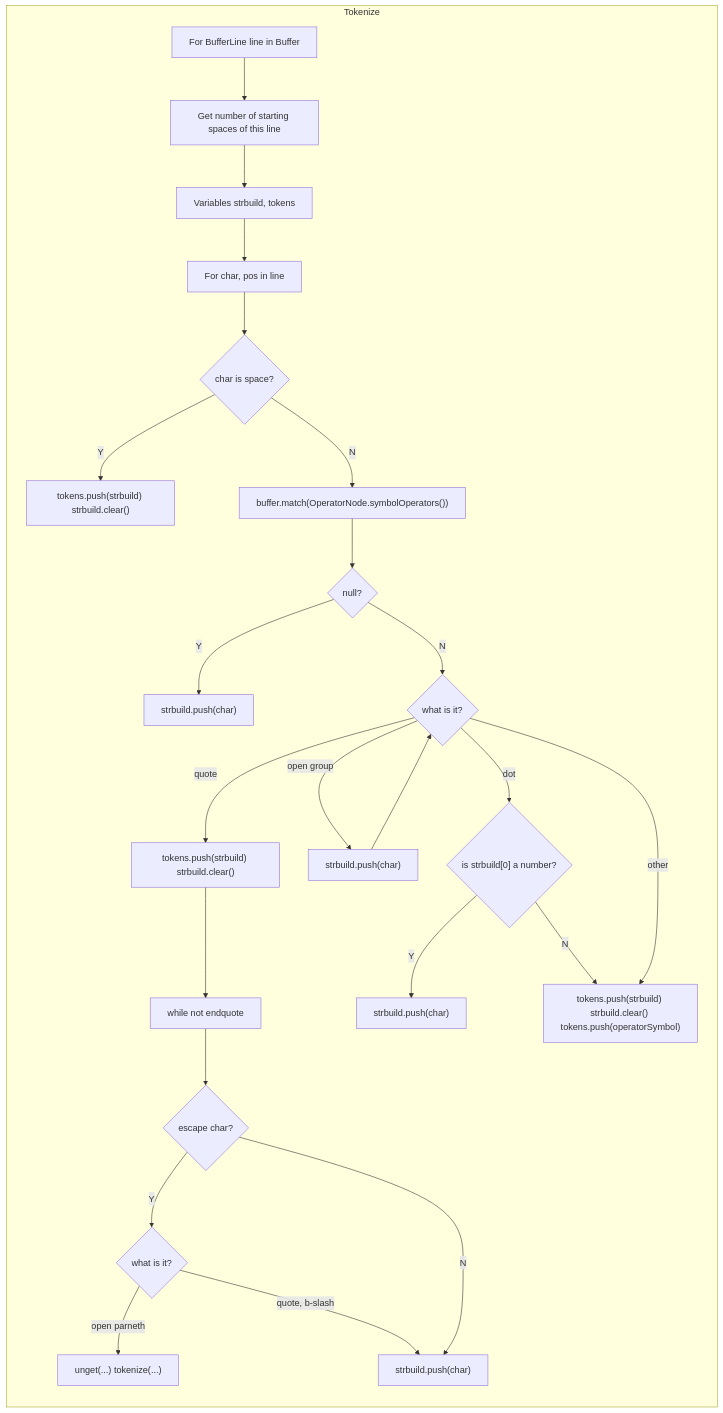
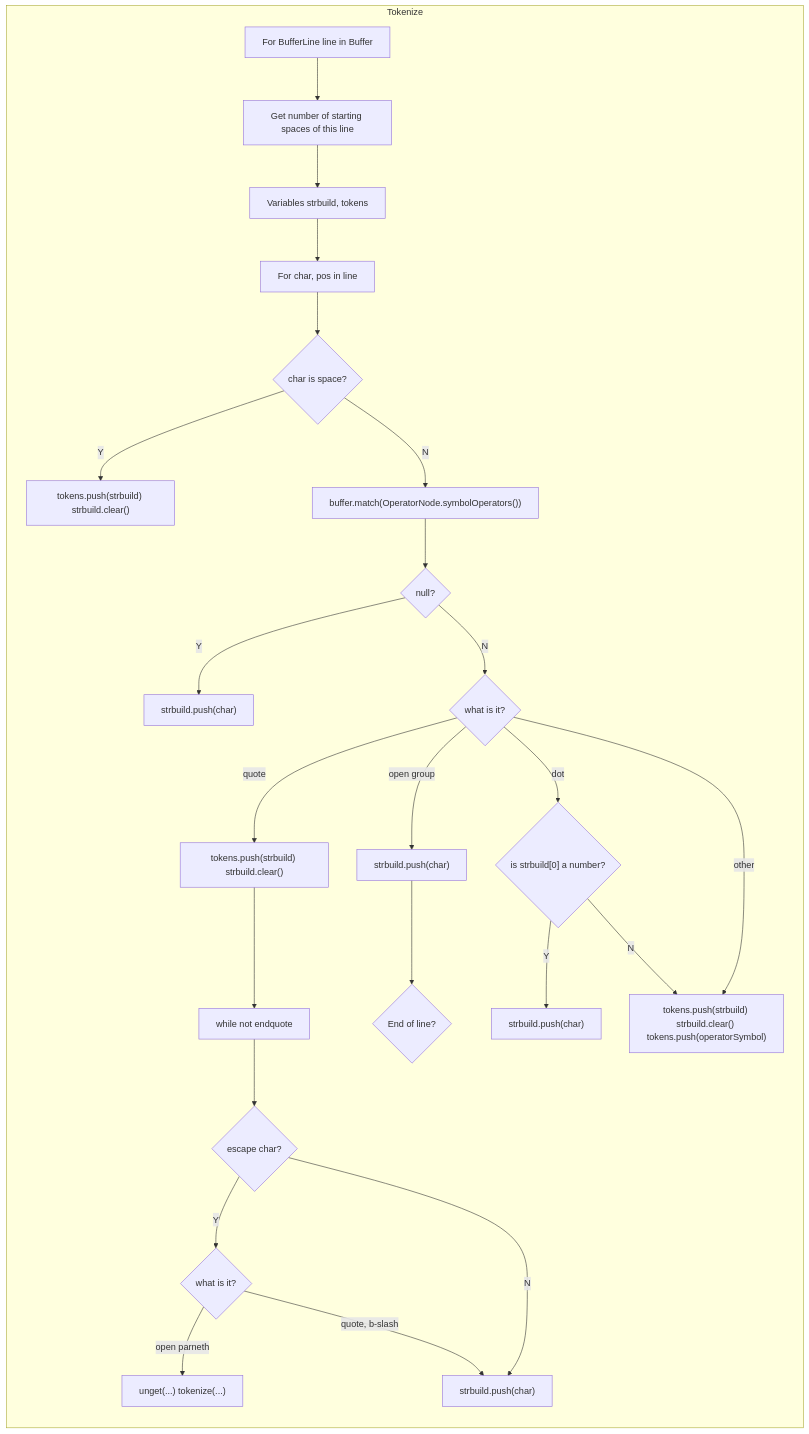
Before and after one commit to Jzhyang1/Monomer: the eighth of 8 diagrams in Implementation.md, drawn with Mermaid. The commit also changed other lines of this file, not shown here.

````diff
--- a/Implementation.md
+++ b/Implementation.md
@@ -257,27 +257,27 @@
 ```mermaid
 graph LR
 subgraph sg1["Tokenize"]
 	A[For BufferLine line in Buffer] --> B[Get number of starting spaces of this line]
 	 --> C[Variables strbuild, tokens]
 	 --> D[For char, pos in line] 
 	 --> E{char is space?}
 	E -- Y --> Y["tokens.push(strbuild) strbuild.clear()"]
 	E -- N --> F["buffer.match(OperatorNode.symbolOperators())"]
 	F --> G{null?}
 	G -- Y --> H["strbuild.push(char)"]
 	G -- N --> Z{what is it?}
 	Z -- quote --> J["tokens.push(strbuild) strbuild.clear()"]
 	J --> P[while not endquote] 
 	P --> Q{escape char?}
 	Q -- Y --> R{what is it?}
 	R -- "open parneth" --> T["unget(...) tokenize(...)"]
 	R -- "quote, b-slash" --> S
 	Q -- N --> S["strbuild.push(char)"]
 	Z -- "open group" --> AA["strbuild.push(char)"]
-		--> 
+	--> AB{End of line?}
 	Z -- dot --> K{"is strbuild[0] a number?"}
 	K -- Y --> L["strbuild.push(char)"]
 	K -- N --> I
 	Z -- other --> I["tokens.push(strbuild) strbuild.clear() tokens.push(operatorSymbol)"]
 end
 ```
````
